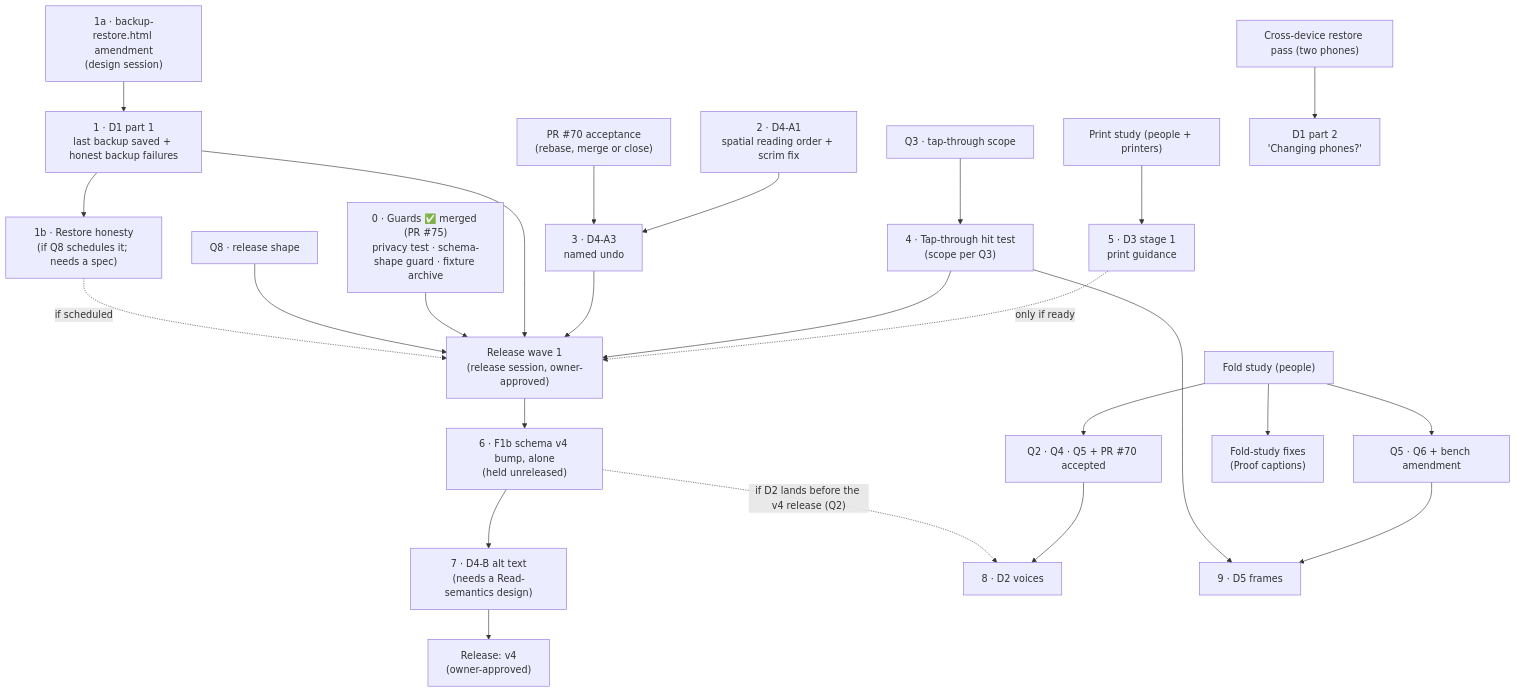
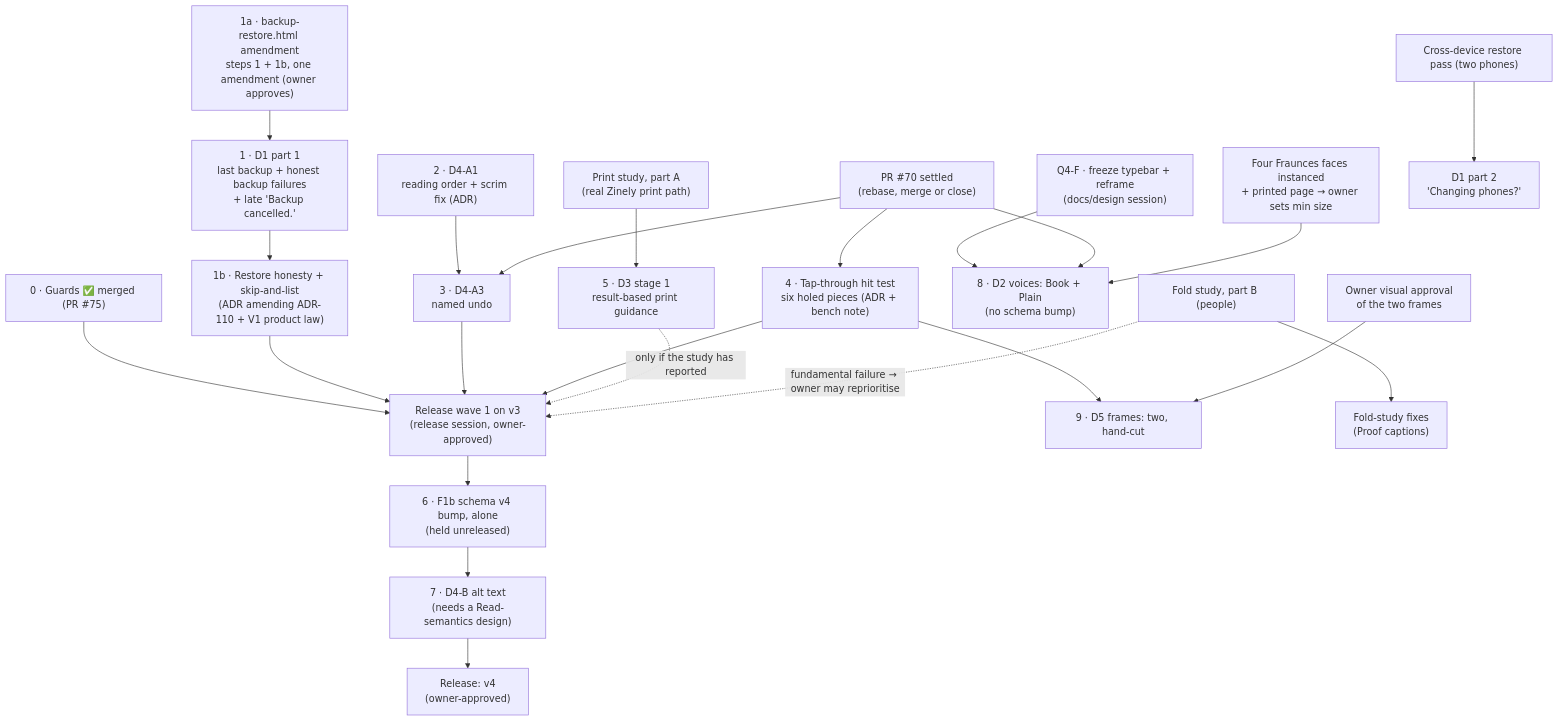
One commit to aritr-codes/zinely-android changed the diagram in docs/planning/ZINELY-1X-IMPLEMENTATION-PLAN.md. Above: the diagram before and after it, drawn with Mermaid. The commit also changed other lines of this file and 15 other files, not shown here.

First line of the commit message:
docs: finalize Zinely 1.x owner decisions and implementation planning

````diff
--- a/docs/planning/ZINELY-1X-IMPLEMENTATION-PLAN.md
+++ b/docs/planning/ZINELY-1X-IMPLEMENTATION-PLAN.md
@@ -286,28 +312,26 @@
 ```mermaid
 flowchart TB
-    S0["0 · Guards ✅ merged (PR #75)<br/>privacy test · schema-shape guard · fixture archive"]
-    A1["1a · backup-restore.html amendment<br/>(design session)"] --> S1["1 · D1 part 1<br/>last backup saved + honest backup failures"]
-    S1 --> S1B["1b · Restore honesty<br/>(if Q8 schedules it; needs a spec)"]
-    S1B -. "if scheduled" .-> REL
-    P70["PR #70 acceptance<br/>(rebase, merge or close)"] --> S3
-    S2["2 · D4-A1<br/>spatial reading order + scrim fix"] --> S3["3 · D4-A3<br/>named undo"]
-    Q3["Q3 · tap-through scope"] --> S4["4 · Tap-through hit test<br/>(scope per Q3)"]
-    PS["Print study (people + printers)"] --> S5["5 · D3 stage 1<br/>print guidance"]
-    Q8["Q8 · release shape"] --> REL
+    S0["0 · Guards ✅ merged (PR #75)"]
+    A1["1a · backup-restore.html amendment<br/>steps 1 + 1b, one amendment (owner approves)"] --> S1["1 · D1 part 1<br/>last backup + honest backup failures<br/>+ late 'Backup cancelled.'"]
+    S1 --> S1B["1b · Restore honesty + skip-and-list<br/>(ADR amending ADR-110 + V1 product law)"]
+    S2["2 · D4-A1<br/>reading order + scrim fix (ADR)"] --> S3["3 · D4-A3<br/>named undo"]
+    P70["PR #70 settled<br/>(rebase, merge or close)"] --> S3
+    P70 --> S4["4 · Tap-through hit test<br/>six holed pieces (ADR + bench note)"]
+    PS["Print study, part A<br/>(real Zinely print path)"] --> S5["5 · D3 stage 1<br/>result-based print guidance"]
     S0 --> REL
-    S1 --> REL
+    S1B --> REL
     S3 --> REL
     S4 --> REL
-    S5 -. "only if ready" .-> REL["Release wave 1<br/>(release session, owner-approved)"]
+    S5 -. "only if the study has reported" .-> REL["Release wave 1 on v3<br/>(release session, owner-approved)"]
     REL --> S6["6 · F1b schema v4 bump, alone<br/>(held unreleased)"]
     S6 --> S7["7 · D4-B alt text<br/>(needs a Read-semantics design)"]
     S7 --> REL4["Release: v4<br/>(owner-approved)"]
-    S6 -. "if D2 lands before the v4 release (Q2)" .-> S8["8 · D2 voices"]
-    G2["Q2 · Q4 · Q5 + PR #70 accepted"] --> S8
-    S4 --> S9["9 · D5 frames"]
-    G6["Q5 · Q6 + bench amendment"] --> S9
+    Q4F["Q4-F · freeze typebar + reframe<br/>(docs/design session)"] --> S8["8 · D2 voices: Book + Plain<br/>(no schema bump)"]
+    P70 --> S8
+    FA["Four Fraunces faces instanced<br/>+ printed page → owner sets min size"] --> S8
+    S4 --> S9["9 · D5 frames: two, hand-cut"]
+    OV["Owner visual approval<br/>of the two frames"] --> S9
     XD["Cross-device restore pass (two phones)"] --> D1P2["D1 part 2<br/>'Changing phones?'"]
-    FS["Fold study (people)"] --> G2
-    FS --> G6
-    FS --> FX["Fold-study fixes<br/>(Proof captions)"]
+    FS["Fold study, part B (people)"] --> FX["Fold-study fixes<br/>(Proof captions)"]
+    FS -. "fundamental failure → owner may reprioritise" .-> REL
 ```
````
